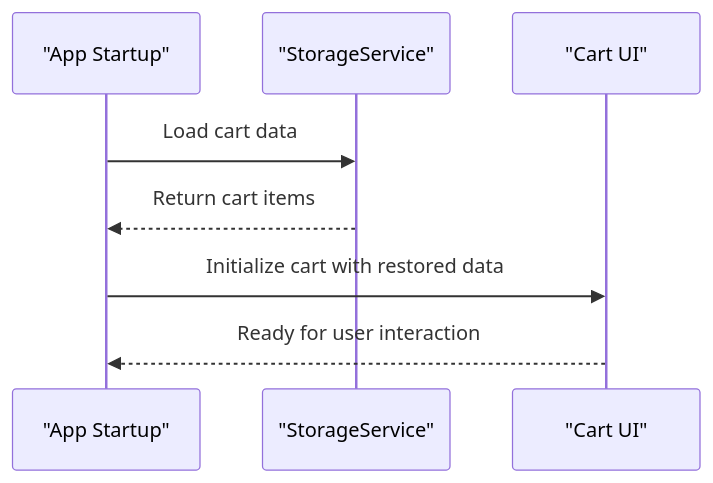
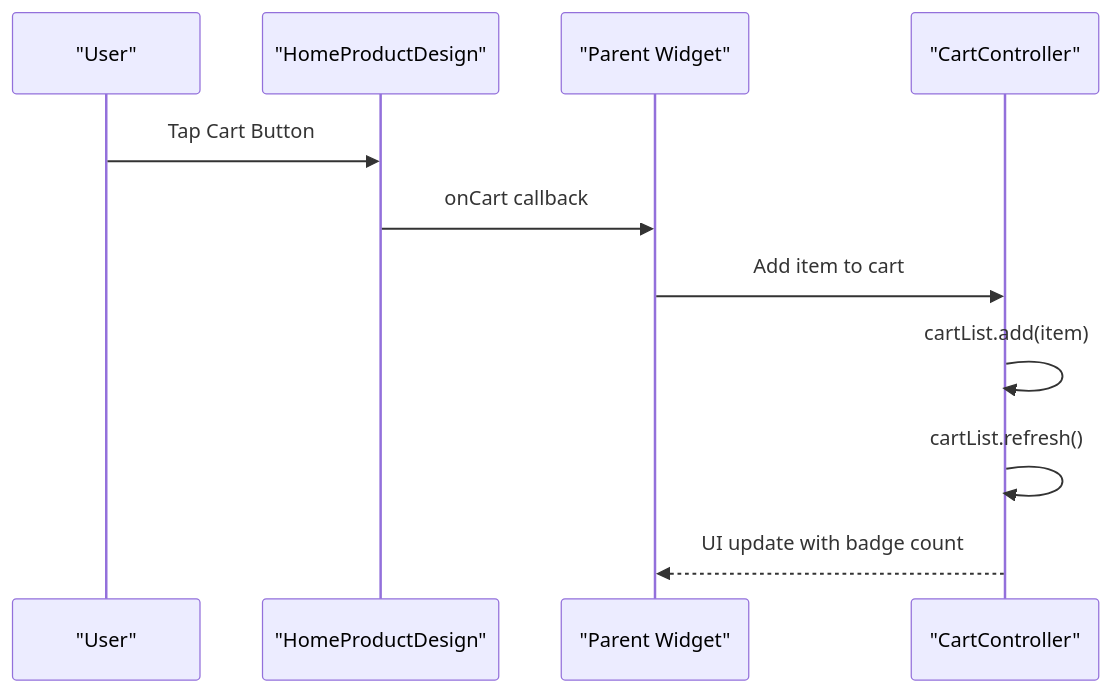
The tenth of 11 diagrams in .qoder/repowiki/en/content/Core Features/E-commerce Platform/Shopping Cart System.md (Ariful3111/FurniGo), drawn with Mermaid before and after one commit. The commit also changed other lines of this file and 12 other files, not shown here.

````diff
--- a/.qoder/repowiki/en/content/Core Features/E-commerce Platform/Shopping Cart System.md
+++ b/.qoder/repowiki/en/content/Core Features/E-commerce Platform/Shopping Cart System.md
@@ -240,10 +360,13 @@
 ```mermaid
 sequenceDiagram
-participant App as "App Startup"
-participant Storage as "StorageService"
-participant CartUI as "Cart UI"
-App->>Storage : Load cart data
-Storage-->>App : Return cart items
-App->>CartUI : Initialize cart with restored data
-CartUI-->>App : Ready for user interaction
+participant User as "User"
+participant HomeProduct as "HomeProductDesign"
+participant Parent as "Parent Widget"
+participant CartController as "CartController"
+User->>HomeProduct : Tap Cart Button
+HomeProduct->>Parent : onCart callback
+Parent->>CartController : Add item to cart
+CartController->>CartController : cartList.add(item)
+CartController->>CartController : cartList.refresh()
+CartController-->>Parent : UI update with badge count
 ```
````
